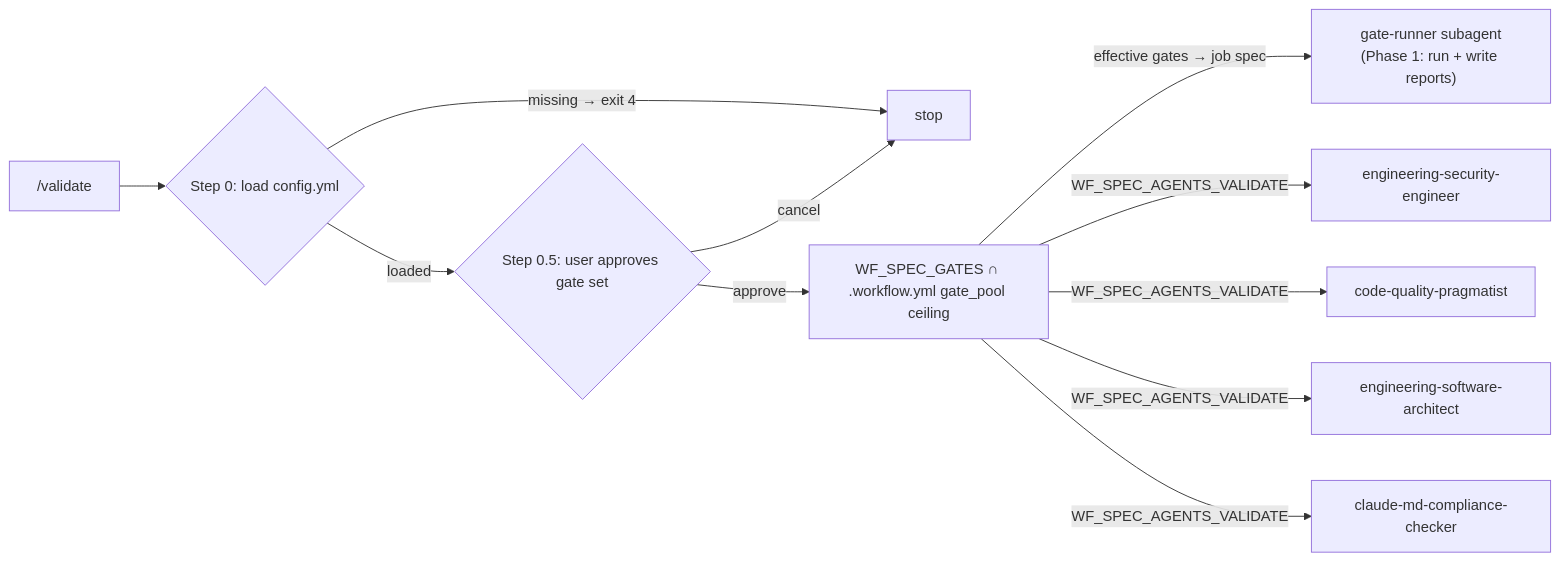
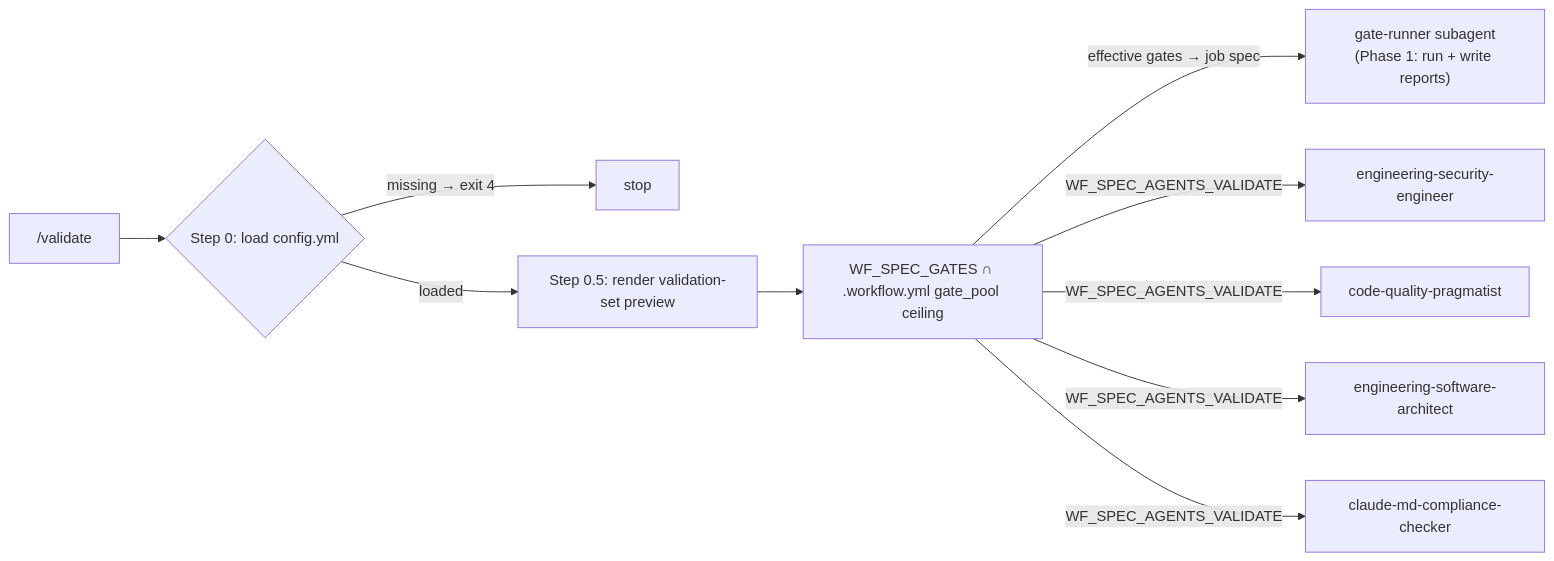
Before and after one commit to AlarQ/SDD-hub: the ninth of 14 diagrams in docs/workflow-diagram.md, drawn with Mermaid. The commit also changed other lines of this file and 4 other files, not shown here.

````diff
--- a/docs/workflow-diagram.md
+++ b/docs/workflow-diagram.md
@@ -390,13 +389,12 @@
 ```mermaid
 graph LR
     VA["/validate"] --> CFG0{Step 0: load config.yml}
     CFG0 -->|missing → exit 4| STOP_VA[stop]
-    CFG0 -->|loaded| APPR{Step 0.5: user approves gate set}
-    APPR -->|cancel| STOP_VA
-    APPR -->|approve| CEIL["WF_SPEC_GATES ∩ .workflow.yml gate_pool ceiling"]
+    CFG0 -->|loaded| APPR[Step 0.5: render validation-set preview]
+    APPR --> CEIL["WF_SPEC_GATES ∩ .workflow.yml gate_pool ceiling"]
     CEIL -->|effective gates → job spec| GR["gate-runner subagent<br/>(Phase 1: run + write reports)"]
     CEIL -->|WF_SPEC_AGENTS_VALIDATE| SE[engineering-security-engineer]
     CEIL -->|WF_SPEC_AGENTS_VALIDATE| CQP[code-quality-pragmatist]
     CEIL -->|WF_SPEC_AGENTS_VALIDATE| SA[engineering-software-architect]
     CEIL -->|WF_SPEC_AGENTS_VALIDATE| CMC[claude-md-compliance-checker]
 ```
````
